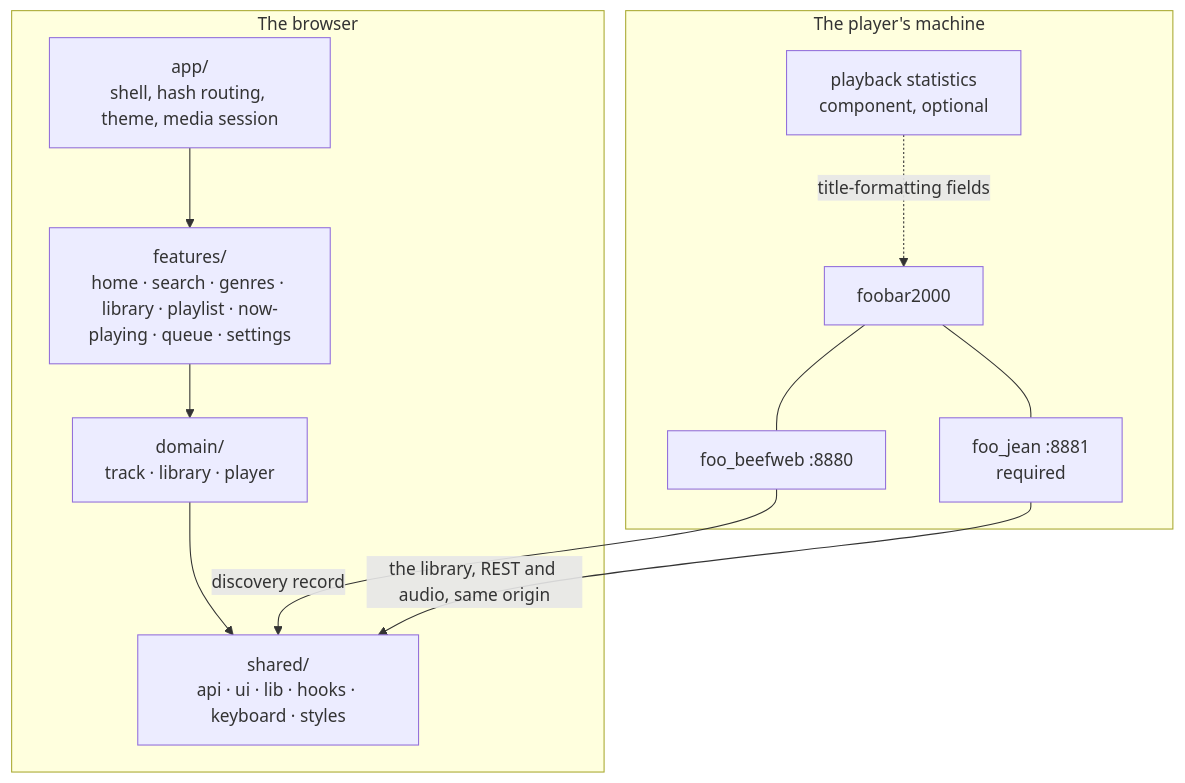
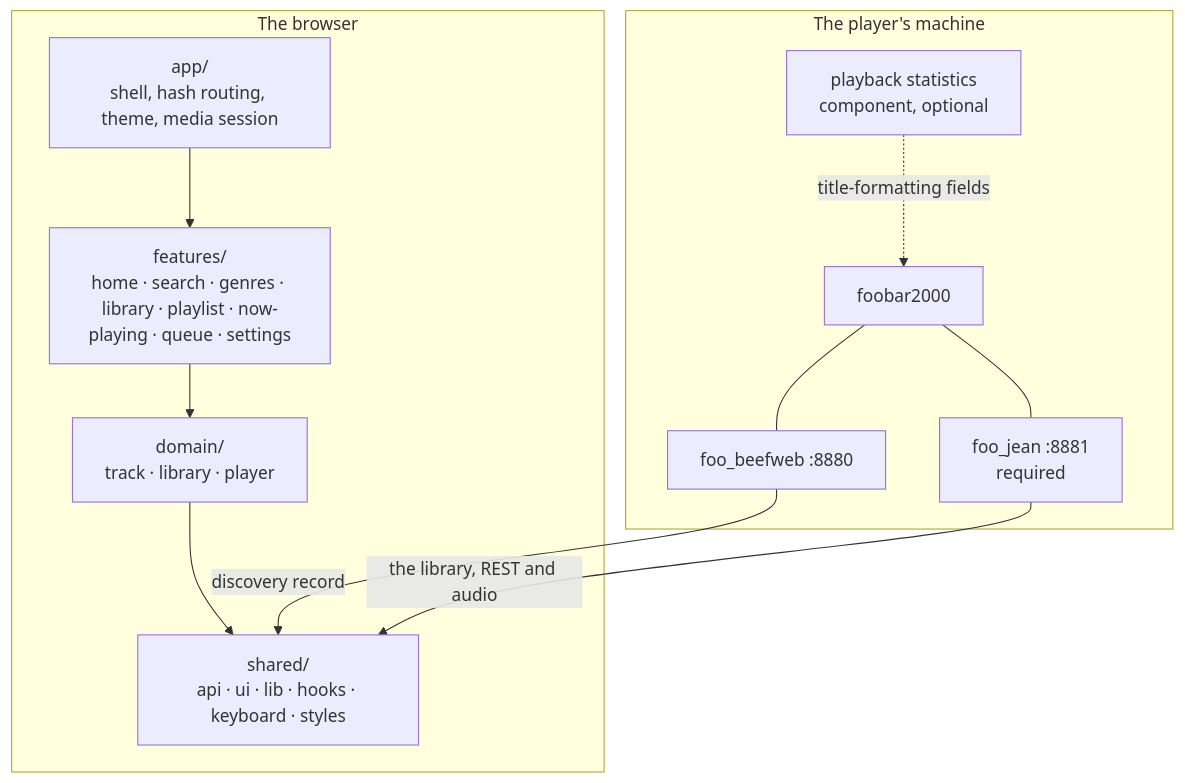
Before and after one commit to enrique-ramirez/jean: the first of 2 diagrams in ui/ARCHITECTURE.md, drawn with Mermaid. The commit also changed 18 other files, not shown here.

````diff
--- a/ui/ARCHITECTURE.md
+++ b/ui/ARCHITECTURE.md
@@ -9,25 +9,25 @@
 ```mermaid
 flowchart TB
   subgraph machine["The player's machine"]
     fb["foobar2000"]
     bw["foo_beefweb :8880"]
     fj["foo_jean :8881<br/>required"]
     stats["playback statistics<br/>component, optional"]
     fb --- bw
     fb --- fj
     stats -.->|title-formatting fields| fb
   end
 
   subgraph browser["The browser"]
     app["app/<br/>shell, hash routing, theme, media session"]
     features["features/<br/>home · search · genres · library · playlist · now-playing · queue · settings"]
     domain["domain/<br/>track · library · player"]
     shared["shared/<br/>api · ui · lib · hooks · keyboard · styles"]
     app --> features
     features --> domain
     domain --> shared
   end
 
   bw -->|"discovery record"| shared
-  fj -->|"the library, REST and audio, same origin"| shared
+  fj -->|"the library, REST and audio"| shared
 ```
````
